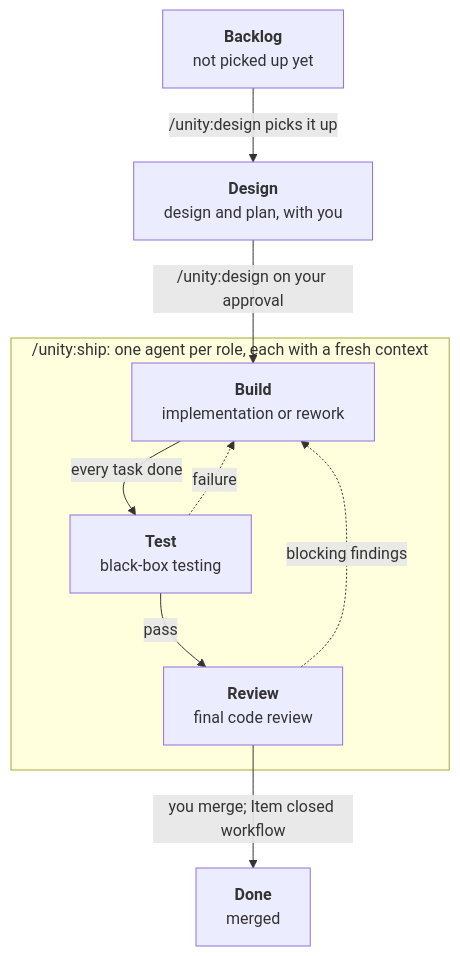
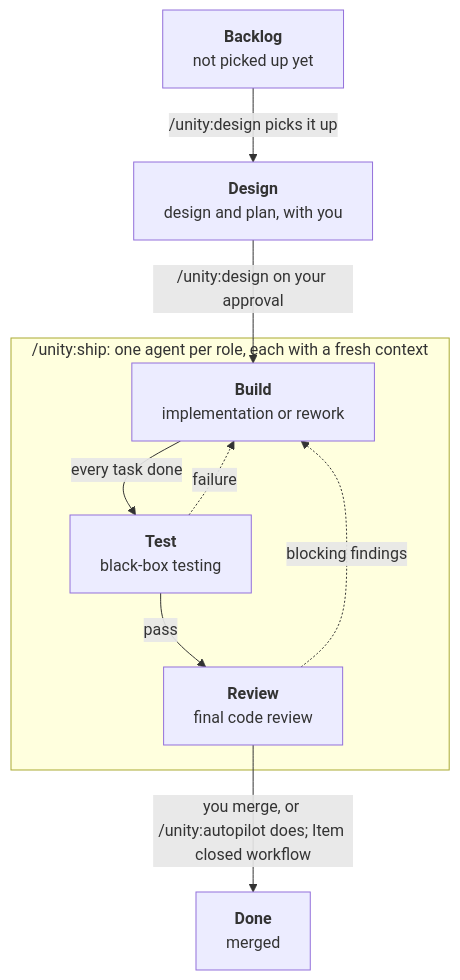
The diagram in README.md (vanesterik/unity), drawn with Mermaid before and after one commit. The commit also changed other lines of this file and 1 other file, not shown here.

Commit message:
Describe autopilot in the README, version 0.12.0

````diff
--- a/README.md
+++ b/README.md
@@ -106,20 +121,20 @@
 ```mermaid
 flowchart TB
     Backlog["<b>Backlog</b><br/>not picked up yet"]
     Design["<b>Design</b><br/>design and plan, with you"]
     Done["<b>Done</b><br/>merged"]
 
     subgraph ship ["/unity:ship: one agent per role, each with a fresh context"]
         Build["<b>Build</b><br/>implementation or rework"]
         Test["<b>Test</b><br/>black-box testing"]
         Review["<b>Review</b><br/>final code review"]
     end
 
     Backlog -->|"/unity:design picks it up"| Design
     Design -->|"/unity:design on your approval"| Build
     Build -->|"every task done"| Test
     Test -->|"pass"| Review
     Test -.->|"failure"| Build
     Review -.->|"blocking findings"| Build
-    Review -->|"you merge; Item closed workflow"| Done
+    Review -->|"you merge, or /unity:autopilot does; Item closed workflow"| Done
 ```
````
